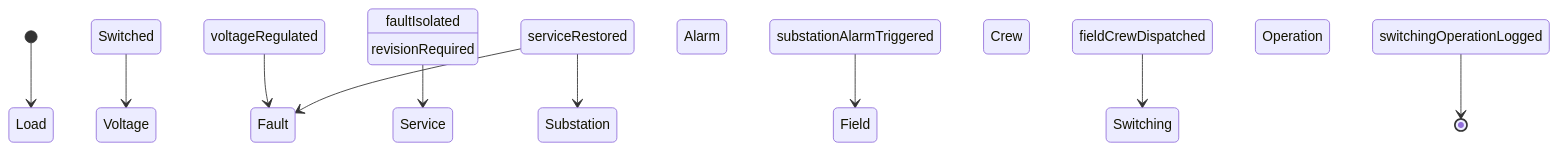
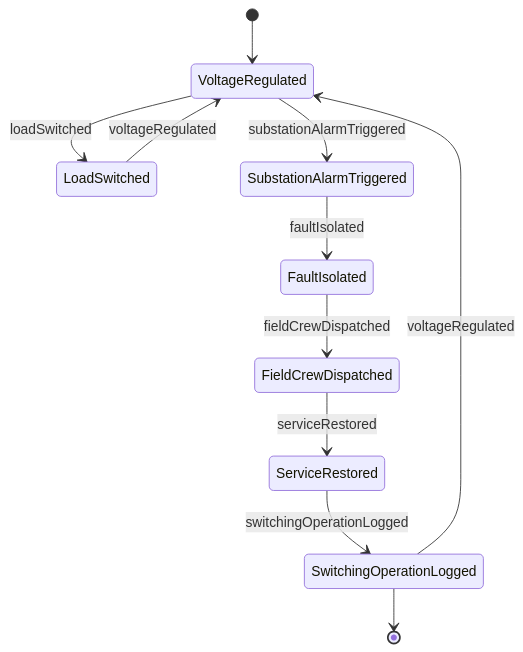
The second of 4 diagrams in ControllingMachinesAndProcesses/OperateEnergyProductionOrDistributionEquipment/OperateEnergyDistributionEquipment.mdx (dot-org-ai/tasks.org.ai), drawn with Mermaid before and after one commit. The commit also changed other lines of this file and 515 other files, not shown here.

````diff
--- a/ControllingMachinesAndProcesses/OperateEnergyProductionOrDistributionEquipment/OperateEnergyDistributionEquipment.mdx
+++ b/ControllingMachinesAndProcesses/OperateEnergyProductionOrDistributionEquipment/OperateEnergyDistributionEquipment.mdx
@@ -98,12 +98,13 @@
 ```mermaid
 stateDiagram-v2
-    [*] --> Load Switched
-    Load Switched --> Voltage Regulated : voltageRegulated
-    Voltage Regulated --> Fault Isolated : faultIsolated
-    Fault Isolated --> Service Restored : serviceRestored
-    Service Restored --> Substation Alarm Triggered : substationAlarmTriggered
-    Substation Alarm Triggered --> Field Crew Dispatched : fieldCrewDispatched
-    Field Crew Dispatched --> Switching Operation Logged : switchingOperationLogged
-    Service Restored --> Fault Isolated : revisionRequired
-    Switching Operation Logged --> [*]
+    [*] --> VoltageRegulated
+    VoltageRegulated --> LoadSwitched : loadSwitched
+    VoltageRegulated --> SubstationAlarmTriggered : substationAlarmTriggered
+    SubstationAlarmTriggered --> FaultIsolated : faultIsolated
+    FaultIsolated --> FieldCrewDispatched : fieldCrewDispatched
+    FieldCrewDispatched --> ServiceRestored : serviceRestored
+    ServiceRestored --> SwitchingOperationLogged : switchingOperationLogged
+    SwitchingOperationLogged --> VoltageRegulated : voltageRegulated
+    LoadSwitched --> VoltageRegulated : voltageRegulated
+    SwitchingOperationLogged --> [*]
 ```
````
